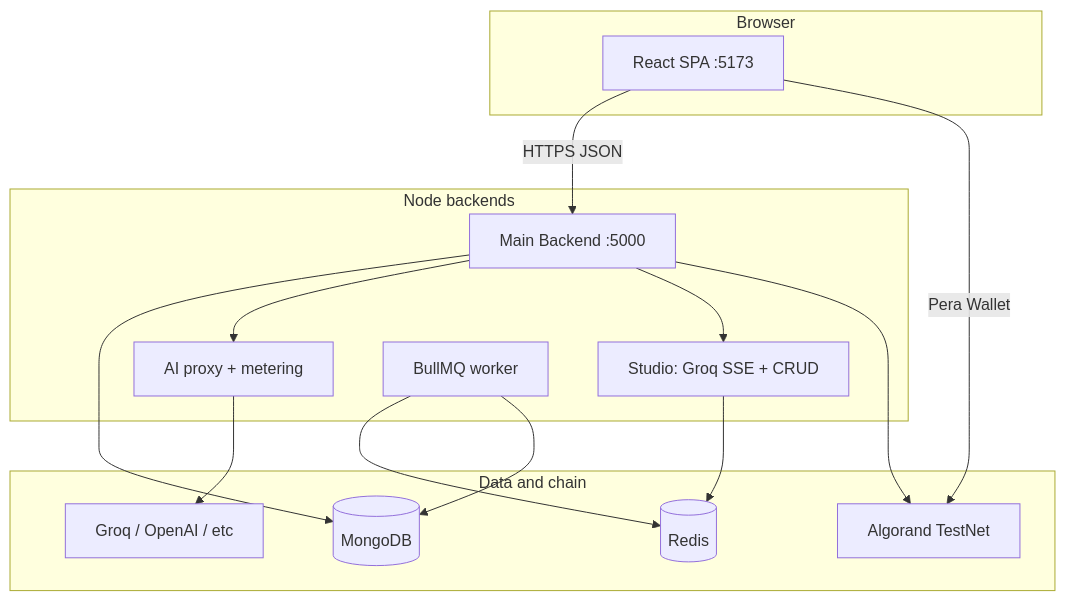
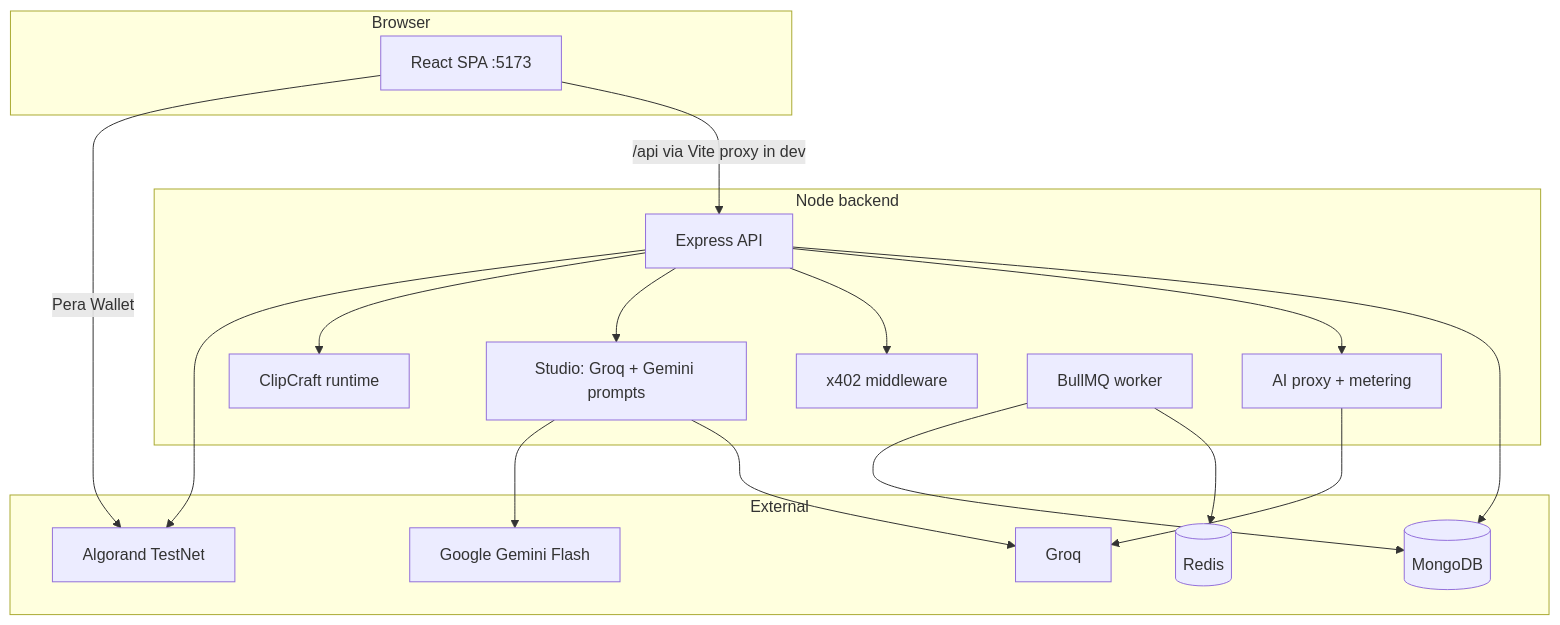
One commit to manasshete/pay-per-usage-ai-api-access-system-using-algorand changed the diagram in README.md. Above: the diagram before and after it, drawn with Mermaid. The commit also changed other lines of this file, not shown here.

````diff
--- a/README.md
+++ b/README.md
@@ -132,28 +143,34 @@
 ```mermaid
 flowchart TB
   subgraph client [Browser]
     FE[React SPA :5173]
   end
-  subgraph server [Node backends]
-    API[Main Backend :5000]
+  subgraph server [Node backend]
+    API[Express API]
     PROXY[AI proxy + metering]
-    STUDIO[Studio: Groq SSE + CRUD]
+    X402[x402 middleware]
+    STUDIO[Studio: Groq + Gemini prompts]
+    CC[ClipCraft runtime]
     WORKER[BullMQ worker]
   end
-  subgraph data [Data and chain]
+  subgraph external [External]
     MONGO[(MongoDB)]
     REDIS[(Redis)]
     ALGO[Algorand TestNet]
-    GROQ[Groq / OpenAI / etc]
+    GROQ[Groq]
+    GEMINI[Google Gemini Flash]
   end
-  FE -->|HTTPS JSON| API
+  FE -->|/api via Vite proxy in dev| API
   API --> MONGO
   API --> PROXY
+  API --> X402
   API --> STUDIO
-  STUDIO --> REDIS
+  STUDIO --> GROQ
+  STUDIO --> GEMINI
+  API --> CC
   WORKER --> REDIS
   WORKER --> MONGO
   PROXY --> GROQ
   FE -->|Pera Wallet| ALGO
   API --> ALGO
 ```
````
